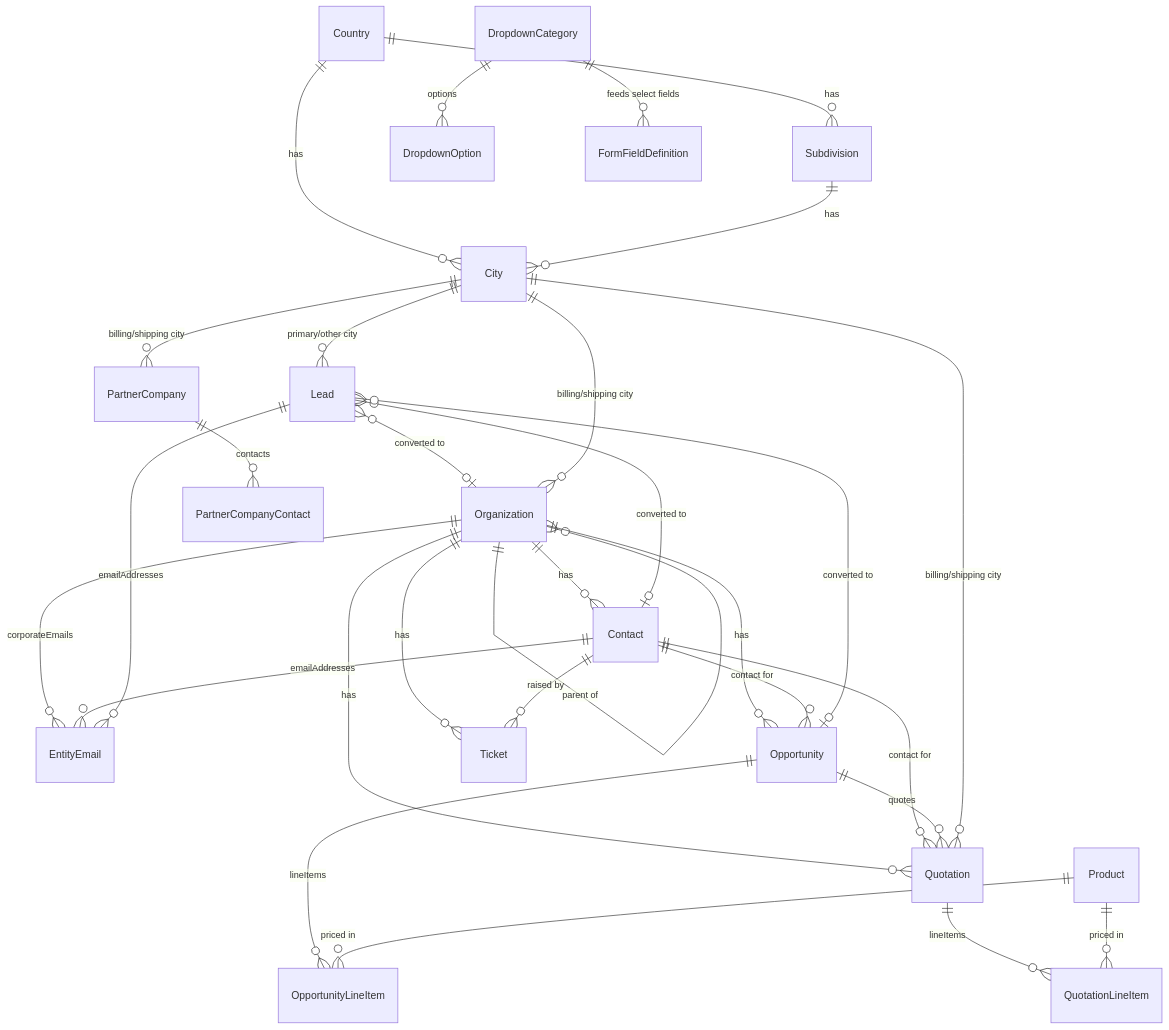
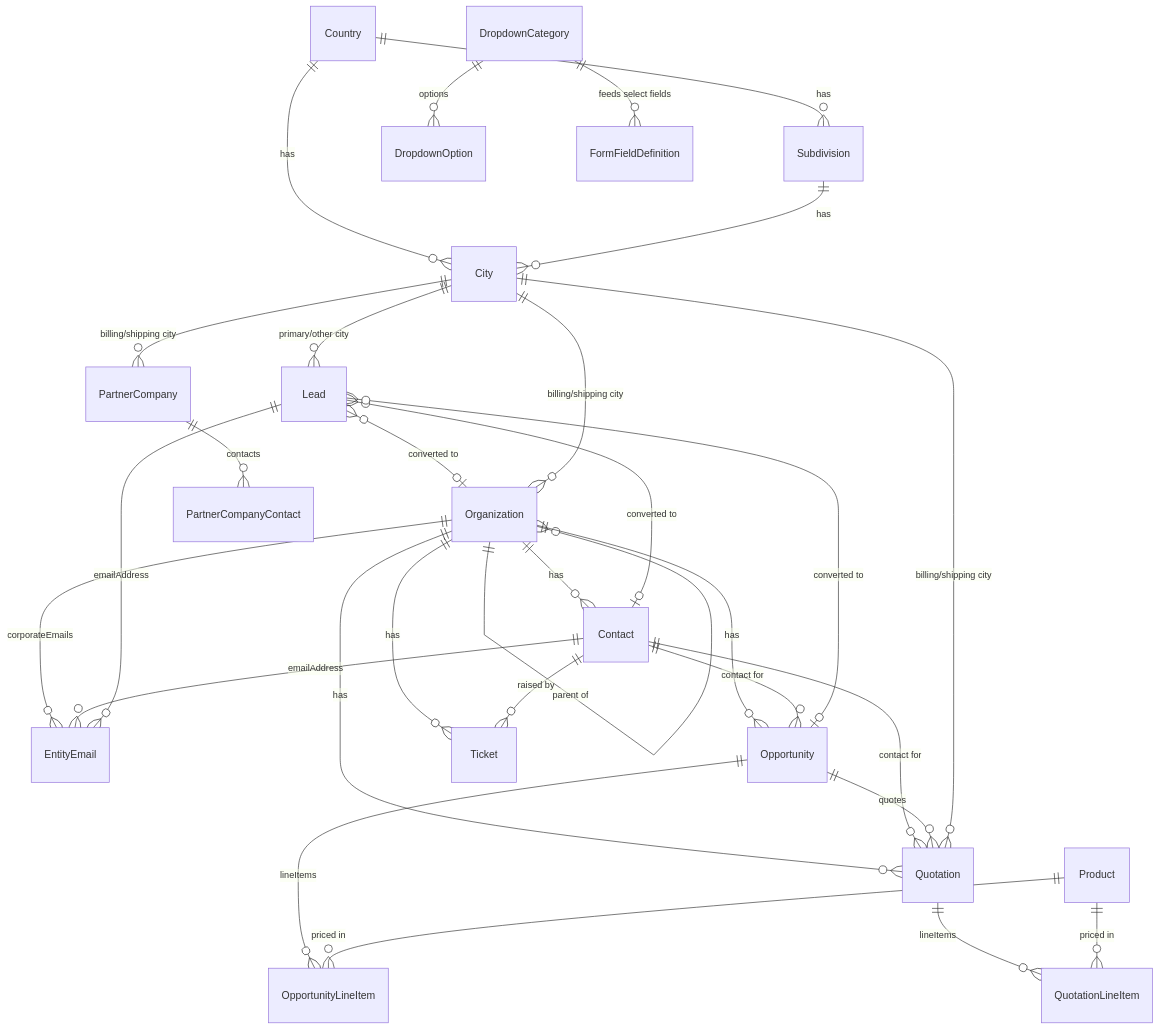
The diagram in docs/database-design.md (shivansh14503/nandini-crm), drawn with Mermaid before and after one commit. The commit also changed other lines of this file and 145 other files, not shown here.

First line of the commit message:
feat: follow-up decision flow, customer response and remarks, shared field names

````diff
--- a/docs/database-design.md
+++ b/docs/database-design.md
@@ -69,32 +69,32 @@
 ```mermaid
 erDiagram
     Organization ||--o{ Organization : "parent of"
     Organization ||--o{ EntityEmail : "corporateEmails"
     Organization ||--o{ Contact : has
     Organization ||--o{ Opportunity : has
     Organization ||--o{ Quotation : has
     Organization ||--o{ Ticket : has
-    Contact ||--o{ EntityEmail : emailAddresses
+    Contact ||--o{ EntityEmail : emailAddress
     Contact ||--o{ Opportunity : "contact for"
     Contact ||--o{ Quotation : "contact for"
     Contact ||--o{ Ticket : "raised by"
-    Lead ||--o{ EntityEmail : emailAddresses
+    Lead ||--o{ EntityEmail : emailAddress
     Lead }o--o| Organization : "converted to"
     Lead }o--o| Contact : "converted to"
     Lead }o--o| Opportunity : "converted to"
     Opportunity ||--o{ OpportunityLineItem : lineItems
     Opportunity ||--o{ Quotation : quotes
     Quotation ||--o{ QuotationLineItem : lineItems
     Product ||--o{ OpportunityLineItem : "priced in"
     Product ||--o{ QuotationLineItem : "priced in"
     PartnerCompany ||--o{ PartnerCompanyContact : contacts
     Country ||--o{ Subdivision : has
     Country ||--o{ City : has
     Subdivision ||--o{ City : has
     City ||--o{ Organization : "billing/shipping city"
     City ||--o{ Lead : "primary/other city"
     City ||--o{ Quotation : "billing/shipping city"
     City ||--o{ PartnerCompany : "billing/shipping city"
     DropdownCategory ||--o{ DropdownOption : options
     DropdownCategory ||--o{ FormFieldDefinition : "feeds select fields"
 ```
````
